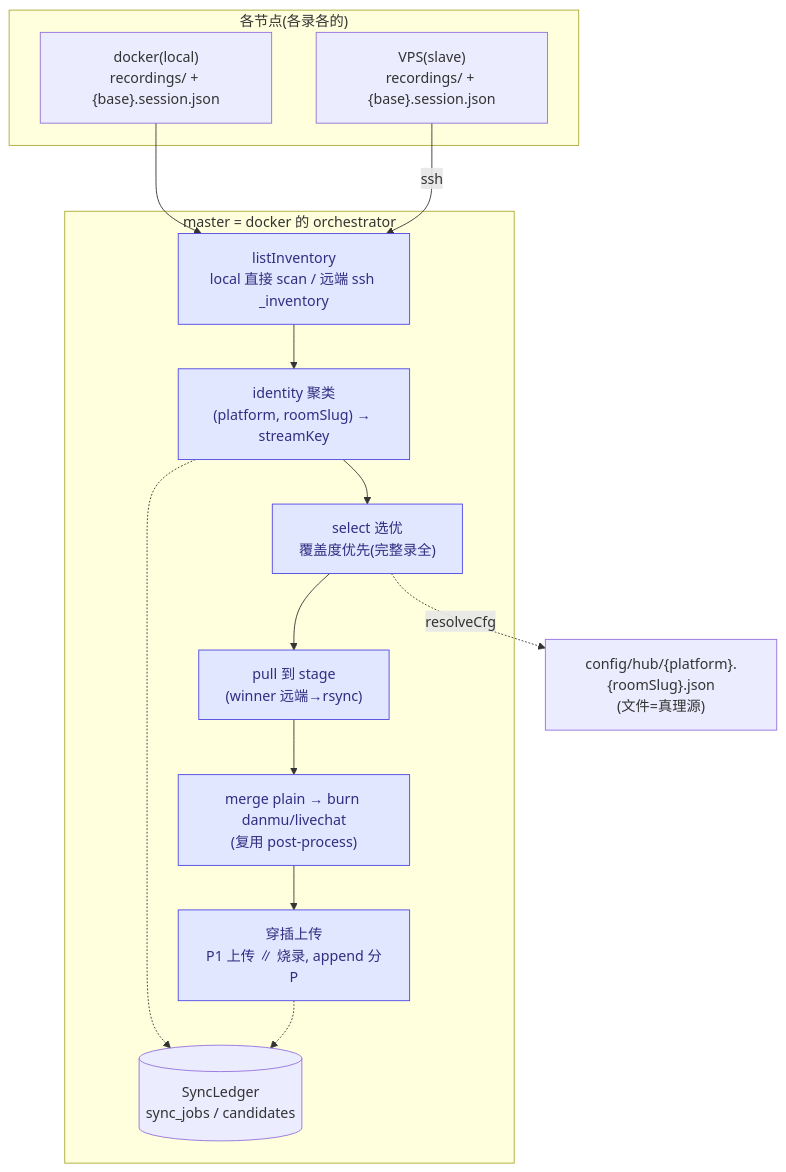
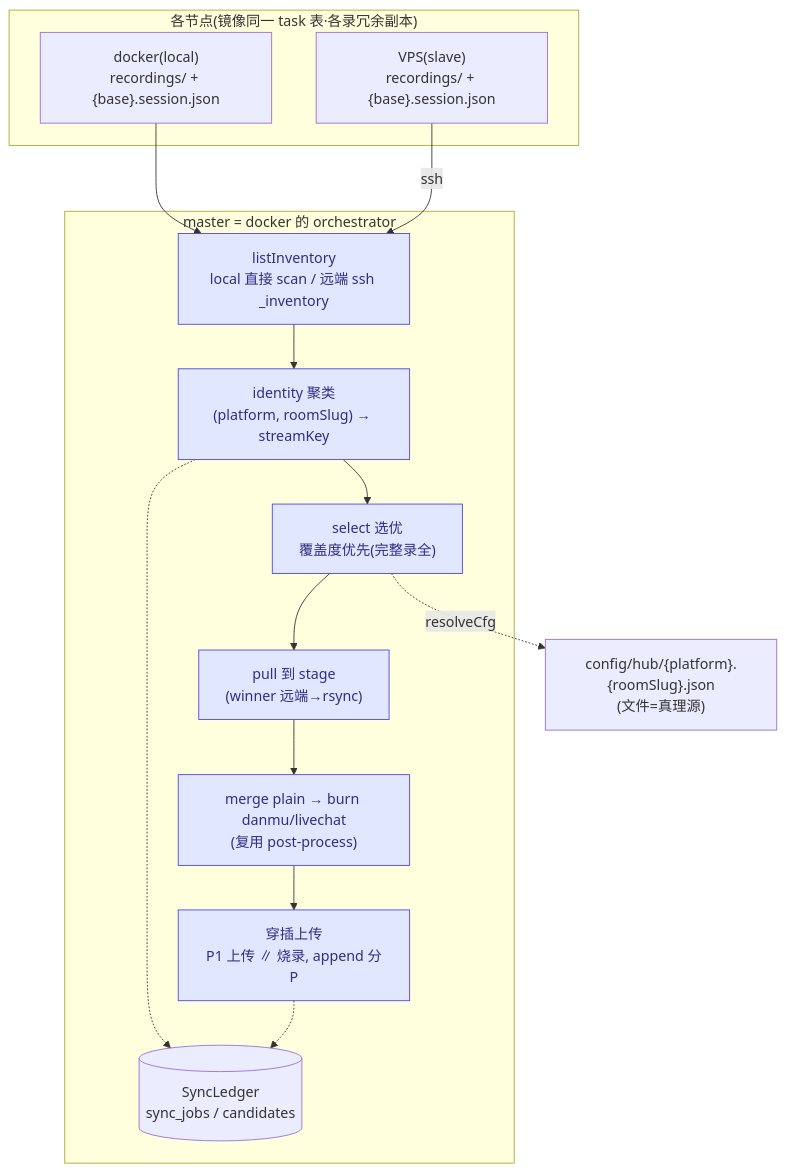
The third of 3 diagrams in docs/architecture.md (fuyucn/douyin-rec), drawn with Mermaid before and after one commit. The commit also changed other lines of this file, not shown here.

First line of the commit message:
docs(architecture): 多节点 hub 描述改为「多副本冗余+read-repair」

````diff
--- a/docs/architecture.md
+++ b/docs/architecture.md
@@ -116,25 +116,25 @@
 ```mermaid
 flowchart TB
-  subgraph nodes["各节点(各录各的)"]
+  subgraph nodes["各节点(镜像同一 task 表·各录冗余副本)"]
     dk["docker(local)<br/>recordings/ + {base}.session.json"]
     vps["VPS(slave)<br/>recordings/ + {base}.session.json"]
   end
   subgraph master["master = docker 的 orchestrator"]
     inv["listInventory<br/>local 直接 scan / 远端 ssh _inventory"]
     cluster["identity 聚类<br/>(platform, roomSlug) → streamKey"]
     sel["select 选优<br/>覆盖度优先(完整录全)"]
     pull["pull 到 stage<br/>(winner 远端→rsync)"]
     merge["merge plain → burn danmu/livechat<br/>(复用 post-process)"]
     up["穿插上传<br/>P1 上传 ∥ 烧录, append 分P"]
     led[("SyncLedger<br/>sync_jobs / candidates")]
   end
   dk --> inv
   vps -->|ssh| inv
   inv --> cluster --> sel --> pull --> merge --> up
   sel -. resolveCfg .-> rule["config/hub/{platform}.{roomSlug}.json<br/>(文件=真理源)"]
   cluster -.-> led
   up -.-> led
 
   classDef hub fill:#e0e7ff,stroke:#4f46e5,color:#312e81;
   class inv,cluster,sel,pull,merge,up hub;
 ```
````
